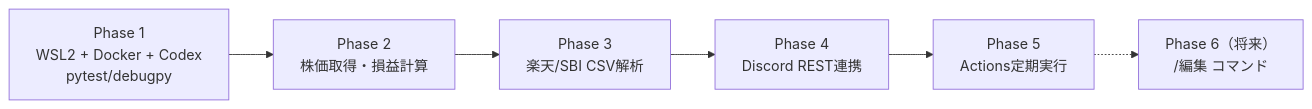
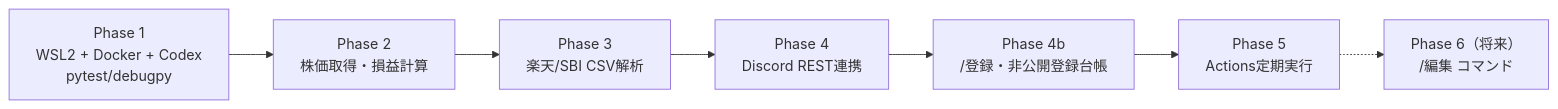
The first of 2 diagrams in docs/Implementation-Roadmap.md (chihiros7/stock-signal), drawn with Mermaid before and after one commit. The commit also changed other lines of this file and 8 other files, not shown here.

````diff
--- a/docs/Implementation-Roadmap.md
+++ b/docs/Implementation-Roadmap.md
@@ -7,8 +7,9 @@
 ```mermaid
 flowchart LR
   A["Phase 1<br/>WSL2 + Docker + Codex<br/>pytest/debugpy"] --> B["Phase 2<br/>株価取得・損益計算"]
   B --> C["Phase 3<br/>楽天/SBI CSV解析"]
   C --> D["Phase 4<br/>Discord REST連携"]
-  D --> E["Phase 5<br/>Actions定期実行"]
+  D --> R["Phase 4b<br/>/登録・非公開登録台帳"]
+  R --> E["Phase 5<br/>Actions定期実行"]
   E -.-> F["Phase 6（将来）<br/>/編集 コマンド"]
 ```
````
